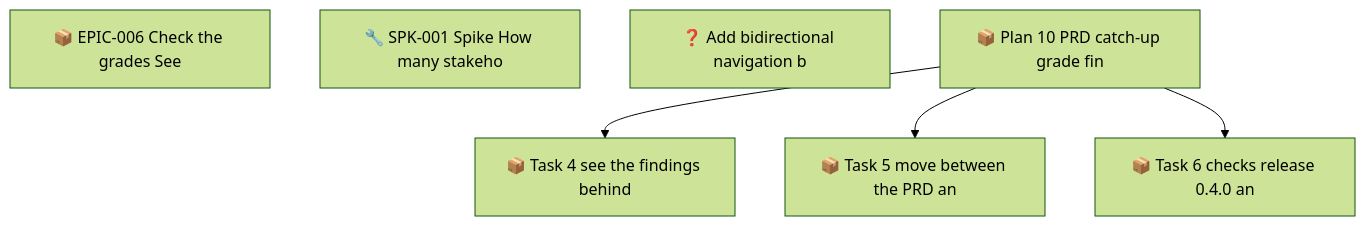
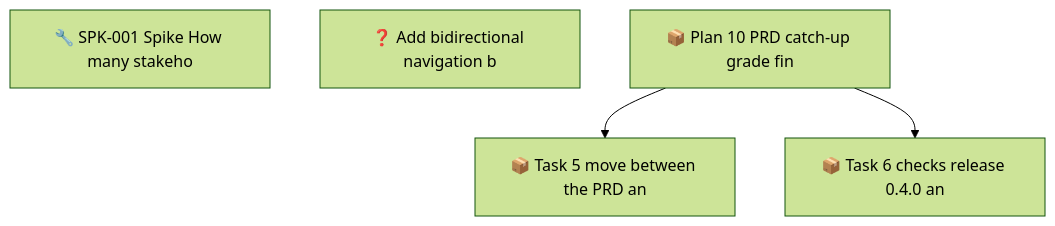
The second of 2 diagrams in docs/roadmap.md (SpillwaveSolutions/prd-forge-viewer), drawn with Mermaid (forest theme) before and after one commit. The commit also changed other lines of this file and 17 other files, not shown here.

First line of the commit message:
feat: see the findings behind the grade of a section (FR-025)

````diff
--- a/docs/roadmap.md
+++ b/docs/roadmap.md
@@ -82,13 +74,10 @@
 ```mermaid
 graph TD
-    01M61XNM7GHPSJ1B96BCHA59ZE["📦 EPIC-006 Check the grades See"]
     01M61XNM9NY7F4D4V7400J56X9["🔧 SPK-001 Spike How many stakeho"]
     01M67NFZH5C1HWH4SBC22ZVXMS["❓ Add bidirectional navigation b"]
     01M67NH4X4JGDJB233B670SJFF["📦 Plan 10 PRD catch-up grade fin"]
-    01M67NH4XPWE52APES54MYFEV8["📦 Task 4 see the findings behind"]
     01M67NH4XPWE52APES54MYFEVA["📦 Task 5 move between the PRD an"]
     01M67NH4XPWE52APES54MYFEVC["📦 Task 6 checks release 0.4.0 an"]
-    01M67NH4X4JGDJB233B670SJFF --> 01M67NH4XPWE52APES54MYFEV8
     01M67NH4X4JGDJB233B670SJFF --> 01M67NH4XPWE52APES54MYFEVA
     01M67NH4X4JGDJB233B670SJFF --> 01M67NH4XPWE52APES54MYFEVC
 ```
````
